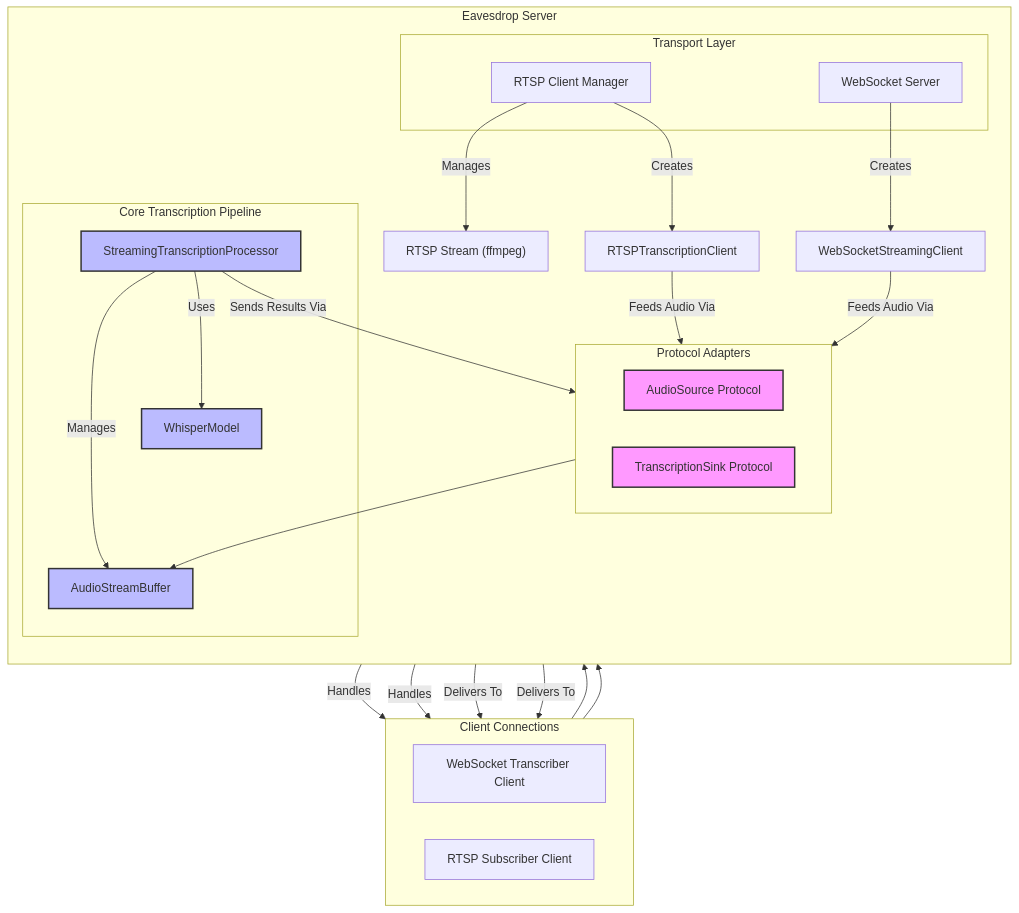
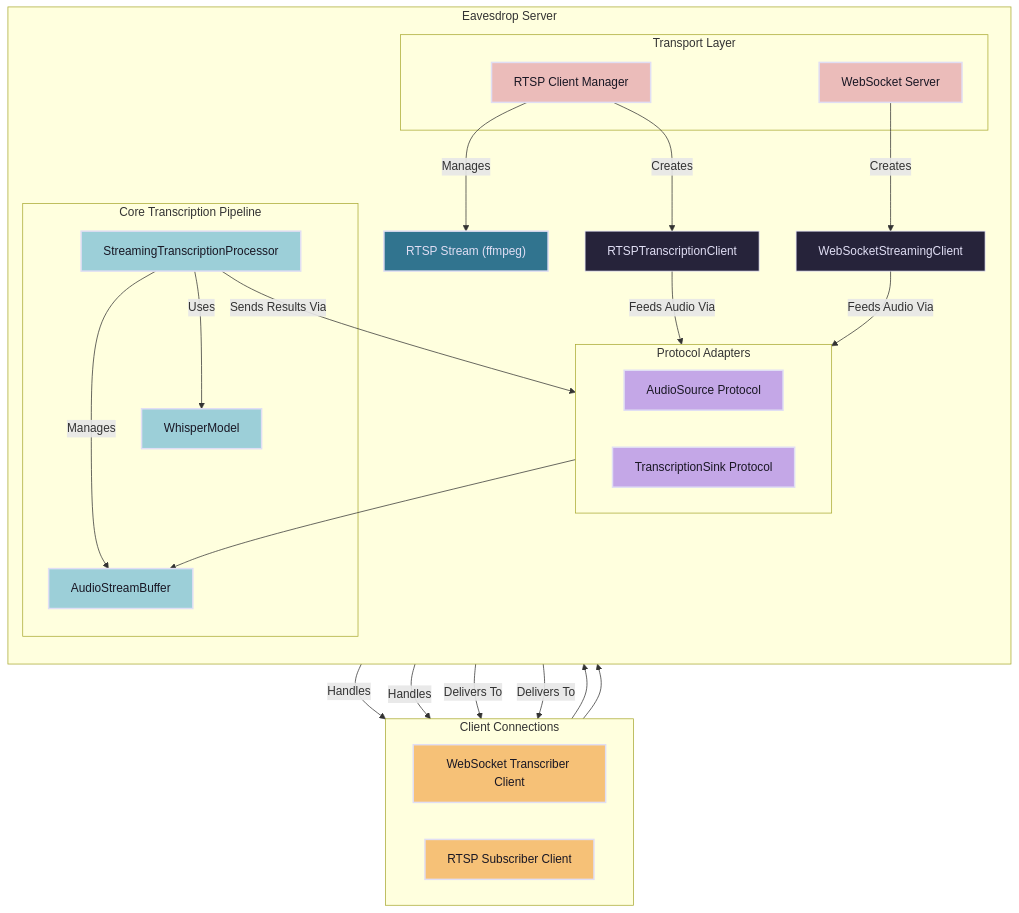
The first of 6 diagrams in ARCHITECTURE.md (shyndman/lmnop-eavesdrop), drawn with Mermaid before and after one commit. The commit also changed other lines of this file, not shown here.

Commit message:
Update coloring used in Mermaid diagram

````diff
--- a/ARCHITECTURE.md
+++ b/ARCHITECTURE.md
@@ -9,59 +9,70 @@
 ```mermaid
 graph TD
     subgraph "Client Connections"
         direction LR
         WS_Transcriber[WebSocket Transcriber Client]
         RTSP_Subscriber[RTSP Subscriber Client]
     end
 
     subgraph "Eavesdrop Server"
         direction TB
         subgraph "Transport Layer"
             WebSocketServer[WebSocket Server]
             RTSPClientManager[RTSP Client Manager]
         end
 
         subgraph "Core Transcription Pipeline"
             StreamingProcessor[StreamingTranscriptionProcessor]
             AudioBuffer[AudioStreamBuffer]
             WhisperModel[WhisperModel]
 
             StreamingProcessor -- Manages --> AudioBuffer
             StreamingProcessor -- Uses --> WhisperModel
         end
 
         subgraph "Protocol Adapters"
             direction LR
             AudioSource[AudioSource Protocol]
             TranscriptionSink[TranscriptionSink Protocol]
         end
 
         WebSocketServer -- Handles --> WS_Transcriber
         WebSocketServer -- Handles --> RTSP_Subscriber
 
         RTSPClientManager -- Manages --> RTSPStream["RTSP Stream (ffmpeg)"]
 
         WS_Transcriber --> WebSocketServer
         RTSP_Subscriber --> WebSocketServer
 
         WebSocketServer -- Creates --> WebSocketStreamingClient[WebSocketStreamingClient]
         RTSPClientManager -- Creates --> RTSPTranscriptionClient[RTSPTranscriptionClient]
 
         WebSocketStreamingClient -- Feeds Audio Via --> AudioSource
         RTSPTranscriptionClient -- Feeds Audio Via --> AudioSource
 
         AudioSource --> AudioBuffer
 
         StreamingProcessor -- Sends Results Via --> TranscriptionSink
 
         TranscriptionSink -- Delivers To --> WS_Transcriber
         TranscriptionSink -- Delivers To --> RTSP_Subscriber
     end
 
+    %% Rose Pine color scheme
+    style WS_Transcriber fill:#f6c177,stroke:#e0def4,stroke-width:2px,color:#191724
+    style RTSP_Subscriber fill:#f6c177,stroke:#e0def4,stroke-width:2px,color:#191724
 
-    style StreamingProcessor fill:#bbf,stroke:#333,stroke-width:2px
-    style AudioBuffer fill:#bbf,stroke:#333,stroke-width:2px
-    style WhisperModel fill:#bbf,stroke:#333,stroke-width:2px
-    style AudioSource fill:#f9f,stroke:#333,stroke-width:2px
-    style TranscriptionSink fill:#f9f,stroke:#333,stroke-width:2px
+    style WebSocketServer fill:#ebbcba,stroke:#e0def4,stroke-width:2px,color:#191724
+    style RTSPClientManager fill:#ebbcba,stroke:#e0def4,stroke-width:2px,color:#191724
+    style RTSPStream fill:#31748f,stroke:#e0def4,stroke-width:2px,color:#e0def4
+
+    style StreamingProcessor fill:#9ccfd8,stroke:#e0def4,stroke-width:2px,color:#191724
+    style AudioBuffer fill:#9ccfd8,stroke:#e0def4,stroke-width:2px,color:#191724
+    style WhisperModel fill:#9ccfd8,stroke:#e0def4,stroke-width:2px,color:#191724
+
+    style AudioSource fill:#c4a7e7,stroke:#e0def4,stroke-width:2px,color:#191724
+    style TranscriptionSink fill:#c4a7e7,stroke:#e0def4,stroke-width:2px,color:#191724
+
+    style WebSocketStreamingClient fill:#26233a,stroke:#e0def4,stroke-width:1px,color:#e0def4
+    style RTSPTranscriptionClient fill:#26233a,stroke:#e0def4,stroke-width:1px,color:#e0def4
 ```
````
